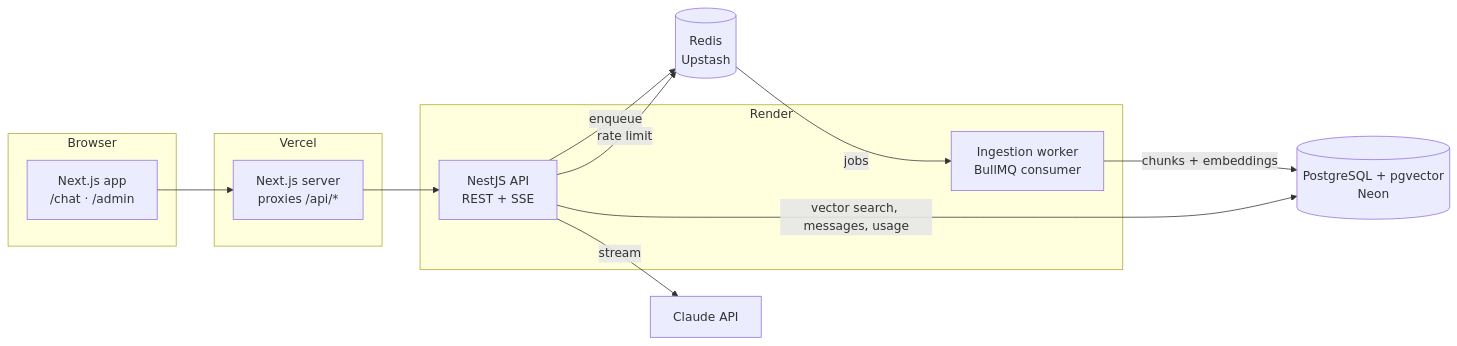
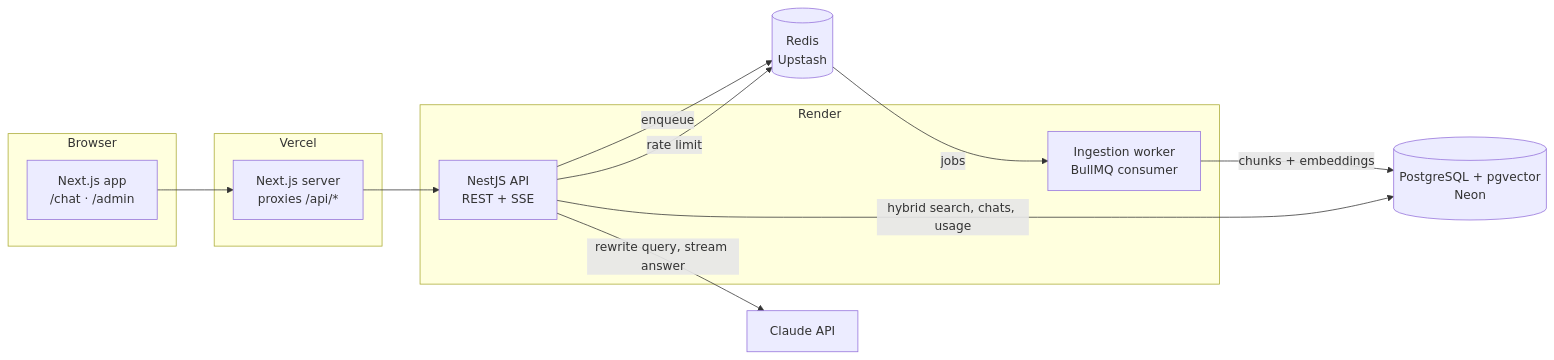
Before and after one commit to nvekay/docs-assistant: the diagram in README.md, drawn with Mermaid. The commit also changed other lines of this file and 50 other files, not shown here.

````diff
--- a/README.md
+++ b/README.md
@@ -41,24 +47,24 @@
 ```mermaid
 flowchart LR
   subgraph Browser
     UI[Next.js app<br/>/chat · /admin]
   end
   subgraph Vercel
     Web[Next.js server<br/>proxies /api/*]
   end
   subgraph Render
     API[NestJS API<br/>REST + SSE]
     Worker[Ingestion worker<br/>BullMQ consumer]
   end
   PG[(PostgreSQL + pgvector<br/>Neon)]
   Redis[(Redis<br/>Upstash)]
   LLM[Claude API]
 
   UI --> Web --> API
   API -- enqueue --> Redis
   Redis -- jobs --> Worker
   Worker -- chunks + embeddings --> PG
-  API -- vector search, messages, usage --> PG
+  API -- hybrid search, chats, usage --> PG
   API -- rate limit --> Redis
-  API -- stream --> LLM
+  API -- rewrite query, stream answer --> LLM
 ```
````
